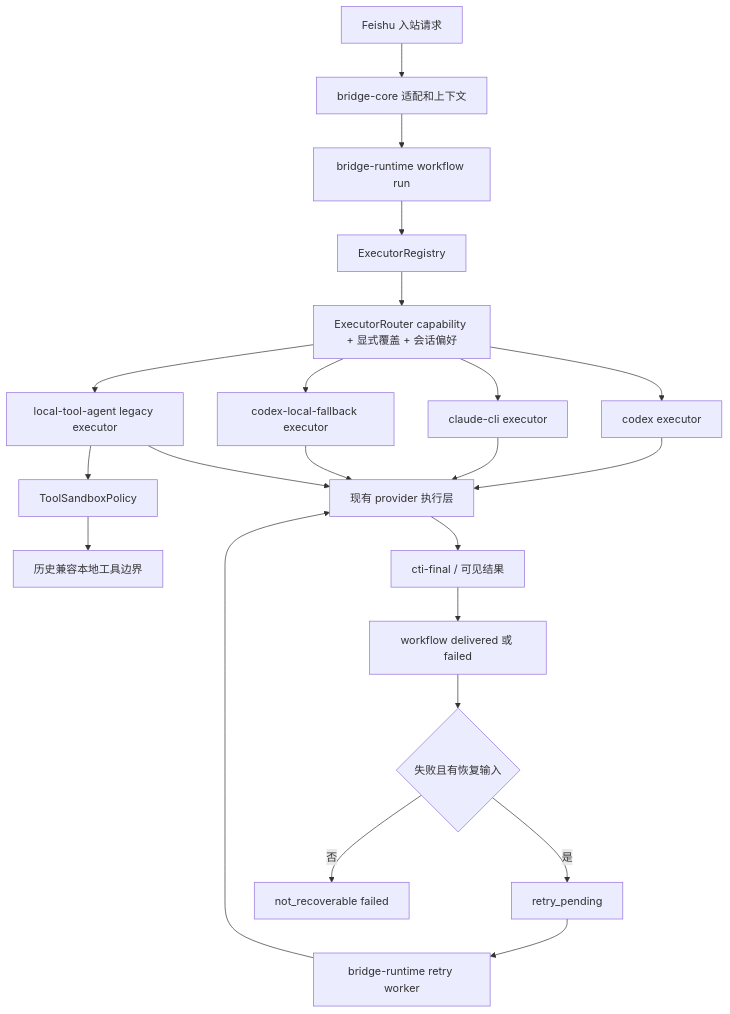
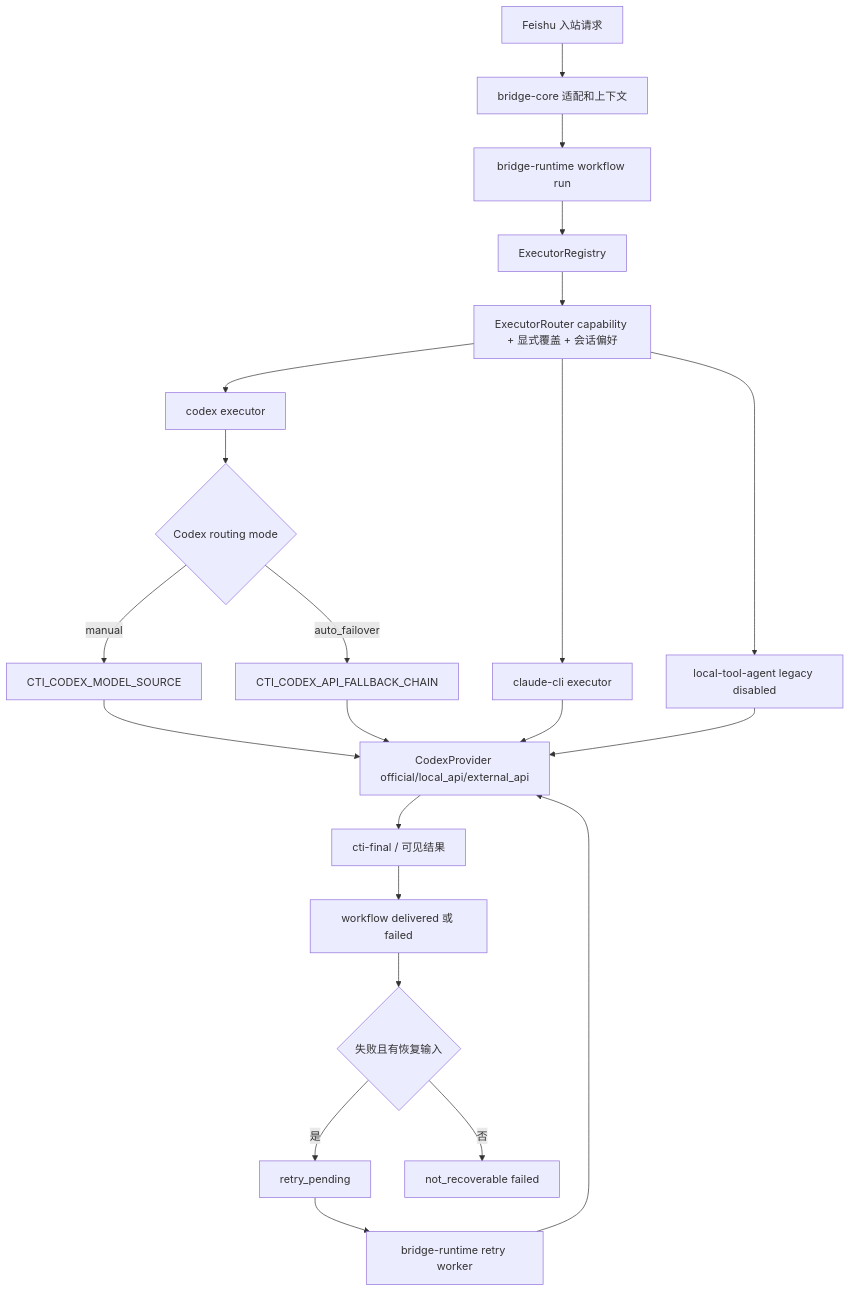
Before and after one commit to dddfuxi/codex-im-suite: the fifth of 8 diagrams in docs/PROJECT-ARCHITECTURE.md, drawn with Mermaid. The commit also changed other lines of this file and 58 other files, not shown here.

````diff
--- a/docs/PROJECT-ARCHITECTURE.md
+++ b/docs/PROJECT-ARCHITECTURE.md
@@ -236,24 +239,24 @@
 ```mermaid
 flowchart TD
   Inbound[Feishu 入站请求] --> CoreAdapter[bridge-core 适配和上下文]
   CoreAdapter --> Workflow[bridge-runtime workflow run]
   Workflow --> Registry[ExecutorRegistry]
   Registry --> Router[ExecutorRouter capability + 显式覆盖 + 会话偏好]
   Router --> CodexExecutor[codex executor]
   Router --> ClaudeExecutor[claude-cli executor]
-  Router --> LocalFallbackExecutor[codex-local-fallback executor]
-  Router --> LocalAgentExecutor[local-tool-agent legacy executor]
-  LocalAgentExecutor --> Sandbox[ToolSandboxPolicy]
-  Sandbox --> LocalTools[历史兼容本地工具边界]
-  CodexExecutor --> Provider[现有 provider 执行层]
+  Router --> LocalAgentExecutor[local-tool-agent legacy disabled]
+  CodexExecutor --> CodexRouting{Codex routing mode}
+  CodexRouting -->|manual| ManualSource[CTI_CODEX_MODEL_SOURCE]
+  CodexRouting -->|auto_failover| Chain[CTI_CODEX_API_FALLBACK_CHAIN]
+  ManualSource --> Provider[CodexProvider official/local_api/external_api]
+  Chain --> Provider
   ClaudeExecutor --> Provider
-  LocalFallbackExecutor --> Provider
   LocalAgentExecutor --> Provider
   Provider --> FinalResponse[cti-final / 可见结果]
   FinalResponse --> WorkflowDone[workflow delivered 或 failed]
   WorkflowDone --> RetryState{失败且有恢复输入}
   RetryState -->|是| RetryQueue[retry_pending]
   RetryQueue --> RetryWorker[bridge-runtime retry worker]
   RetryWorker --> Provider
   RetryState -->|否| NotRecoverable[not_recoverable failed]
 ```
````
